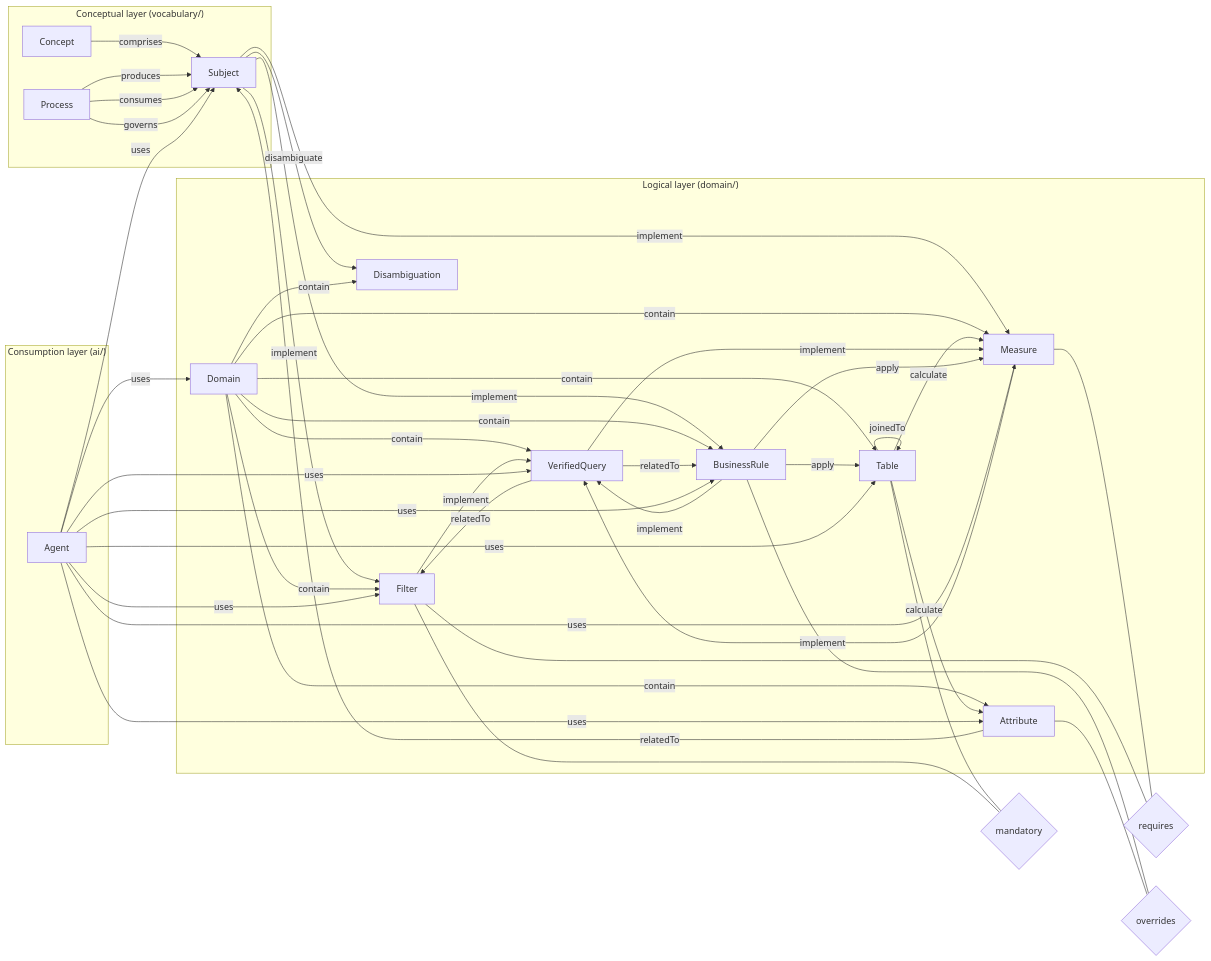
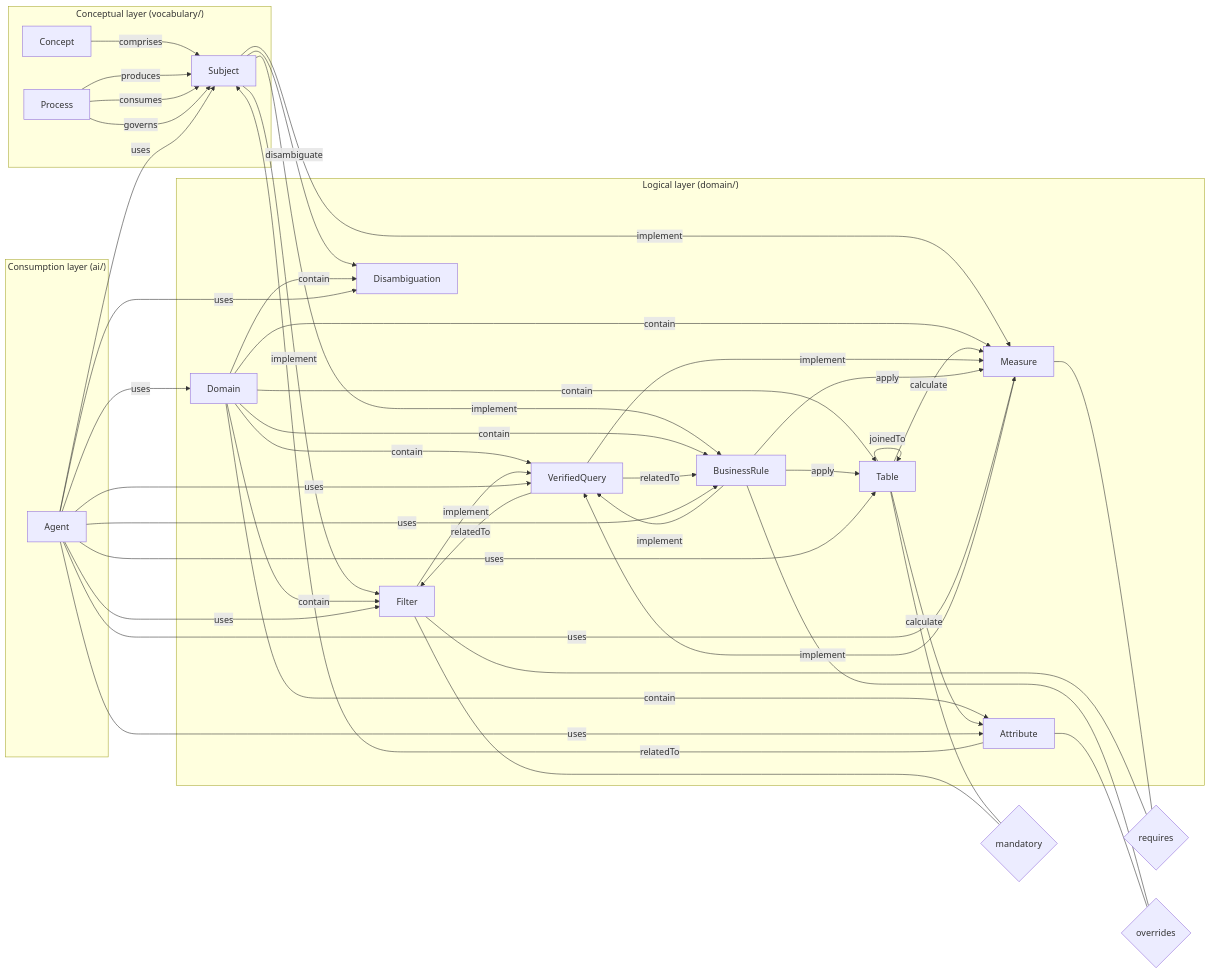
The diagram in SPEC.md (epakon/knowledge-graph), drawn with Mermaid before and after one commit. The commit also changed other lines of this file and 9 other files, not shown here.

````diff
--- a/SPEC.md
+++ b/SPEC.md
@@ -63,76 +63,77 @@
 ```mermaid
 graph LR
     subgraph conceptual["Conceptual layer (vocabulary/)"]
         Concept["Concept"]
         Subject["Subject"]
         Process["Process"]
     end
 
     subgraph logical["Logical layer (domain/)"]
         Domain["Domain"]
         Table["Table"]
         Measure["Measure"]
         Attribute["Attribute"]
         Filter["Filter"]
         VerifiedQuery["VerifiedQuery"]
         BusinessRule["BusinessRule"]
         Disambiguation["Disambiguation"]
     end
 
     subgraph consumption["Consumption layer (ai/)"]
         Agent["Agent"]
     end
 
     Concept -->|comprises| Subject
     Process -->|produces| Subject
     Process -->|consumes| Subject
     Process -->|governs| Subject
 
     Subject -->|implement| Filter
     Subject -->|implement| Measure
     Subject -->|implement| BusinessRule
     Subject -->|disambiguate| Disambiguation
 
     Domain -->|contain| Table
     Domain -->|contain| Measure
     Domain -->|contain| Filter
     Domain -->|contain| VerifiedQuery
     Domain -->|contain| BusinessRule
     Domain -->|contain| Attribute
     Domain -->|contain| Disambiguation
 
     Table -->|calculate| Attribute
     Table -->|calculate| Measure
     Table -->|joinedTo| Table
 
     Table --- mandatory{mandatory}
     Filter --- mandatory
 
     Measure --- requires{requires}
     Filter --- requires
 
     BusinessRule --- overrides{overrides}
     Attribute --- overrides
 
     VerifiedQuery -->|implement| Measure
     VerifiedQuery -->|relatedTo| Filter
     VerifiedQuery -->|relatedTo| BusinessRule
 
     BusinessRule -->|apply| Table
     BusinessRule -->|apply| Measure
     BusinessRule -->|implement| VerifiedQuery
 
     Measure -->|implement| VerifiedQuery
     Filter -->|implement| VerifiedQuery
 
     Attribute -->|relatedTo| Subject
 
     Agent -->|uses| Table
     Agent -->|uses| Measure
     Agent -->|uses| Attribute
     Agent -->|uses| Filter
     Agent -->|uses| BusinessRule
     Agent -->|uses| VerifiedQuery
     Agent -->|uses| Subject
     Agent -->|uses| Domain
+    Agent -->|uses| Disambiguation
 ```
````
